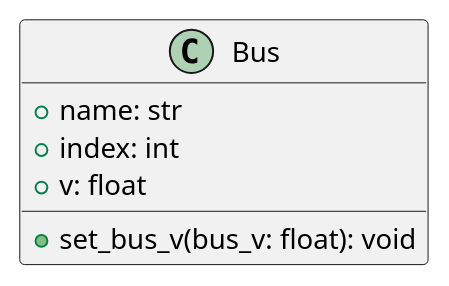
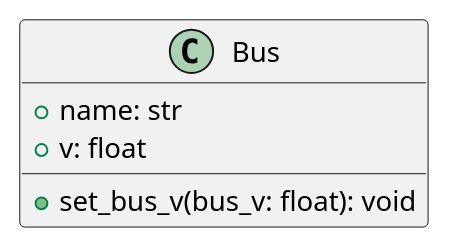
One commit to JLipnerPitt/ECE2774-ADV-POWER-SYSTEMS-ANALYSIS changed the first of 4 diagrams in project1.plantuml. Above: the diagram before and after it, drawn with PlantUML. The commit also changed other lines of this file, not shown here.

Commit message:
Updated project1.uml to provide a better description of the component class and to reflect minor changes made to other classes.

```diff
--- a/project1.plantuml
+++ b/project1.plantuml
@@ -1,8 +1,8 @@
 @startuml Bus
 class Bus {
     +name: str
-    +index: int
     +v: float
+
     +set_bus_v(bus_v: float): void
 }
 @enduml
```
